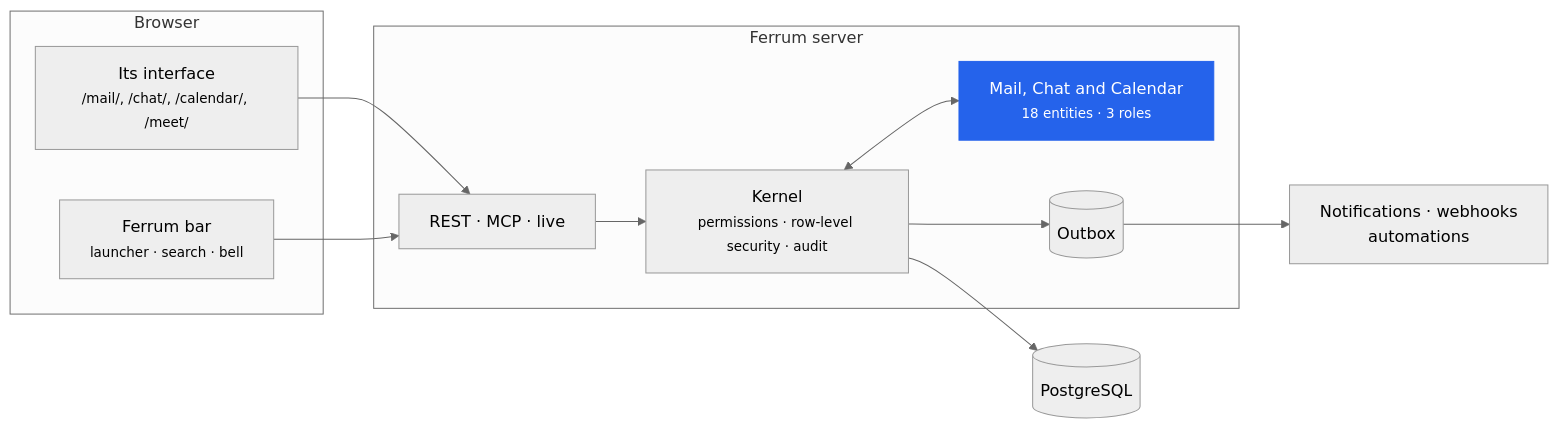
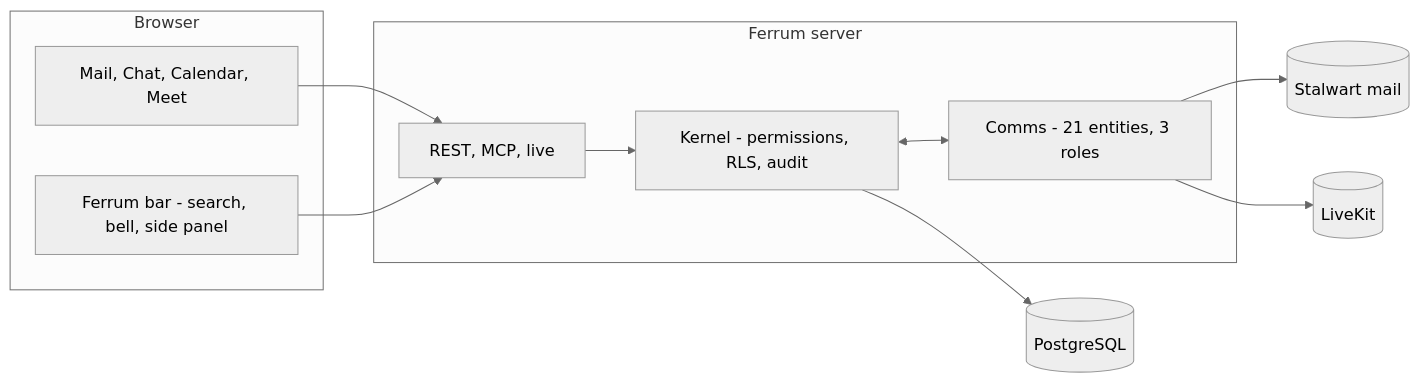
Before and after one commit to CBFerrum/ferrum-app-comms: the third of 3 diagrams in README.md, drawn with Mermaid (neutral theme). The commit also changed other lines of this file and 60 other files, not shown here.

First line of the commit message:
docs: end-to-end README with screenshots, features, comparison and roadmap

````diff
--- a/README.md
+++ b/README.md
@@ -135,21 +402,18 @@
 ```mermaid
 flowchart LR
     subgraph Browser
-        UI["Its interface<br/><small>/mail/, /chat/, /calendar/, /meet/</small>"]
-        BAR["Ferrum bar<br/><small>launcher · search · bell</small>"]
+        UI["Mail, Chat, Calendar, Meet"]
+        BAR["Ferrum bar - search, bell, side panel"]
     end
     subgraph Server["Ferrum server"]
-        API["REST · MCP · live"]
-        K["Kernel<br/><small>permissions · row-level security · audit</small>"]
-        APP["Mail, Chat and Calendar<br/><small>18 entities · 3 roles</small>"]
-        OB[("Outbox")]
+        API["REST, MCP, live"]
+        K["Kernel - permissions, RLS, audit"]
+        APP["Comms - 21 entities, 3 roles"]
     end
     DB[("PostgreSQL")]
     UI --> API --> K --> DB
     BAR --> API
     K <--> APP
-    K --> OB --> EV["Notifications · webhooks<br/>automations"]
-
-    classDef app fill:#2563eb,color:#fff,stroke:#2563eb
-    class APP app
+    APP --> ST[("Stalwart mail")]
+    APP --> LK[("LiveKit")]
 ```
````
